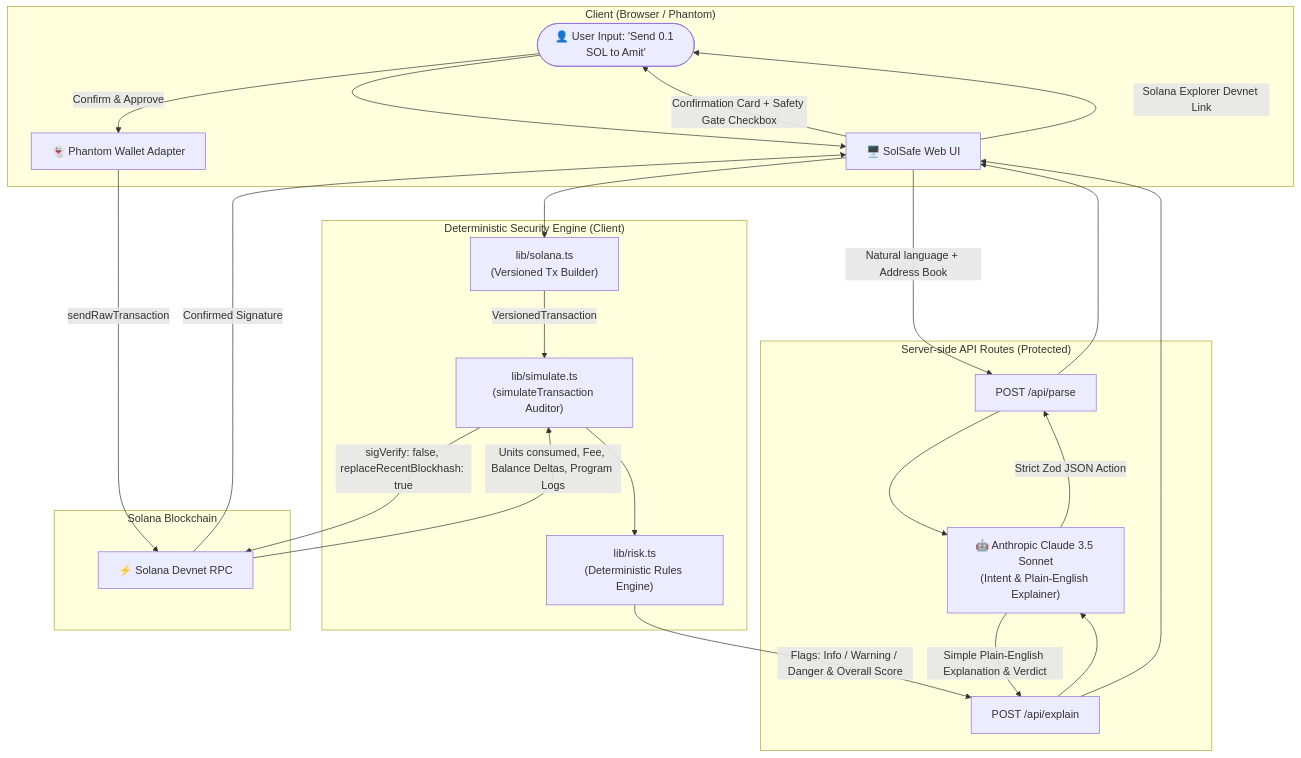
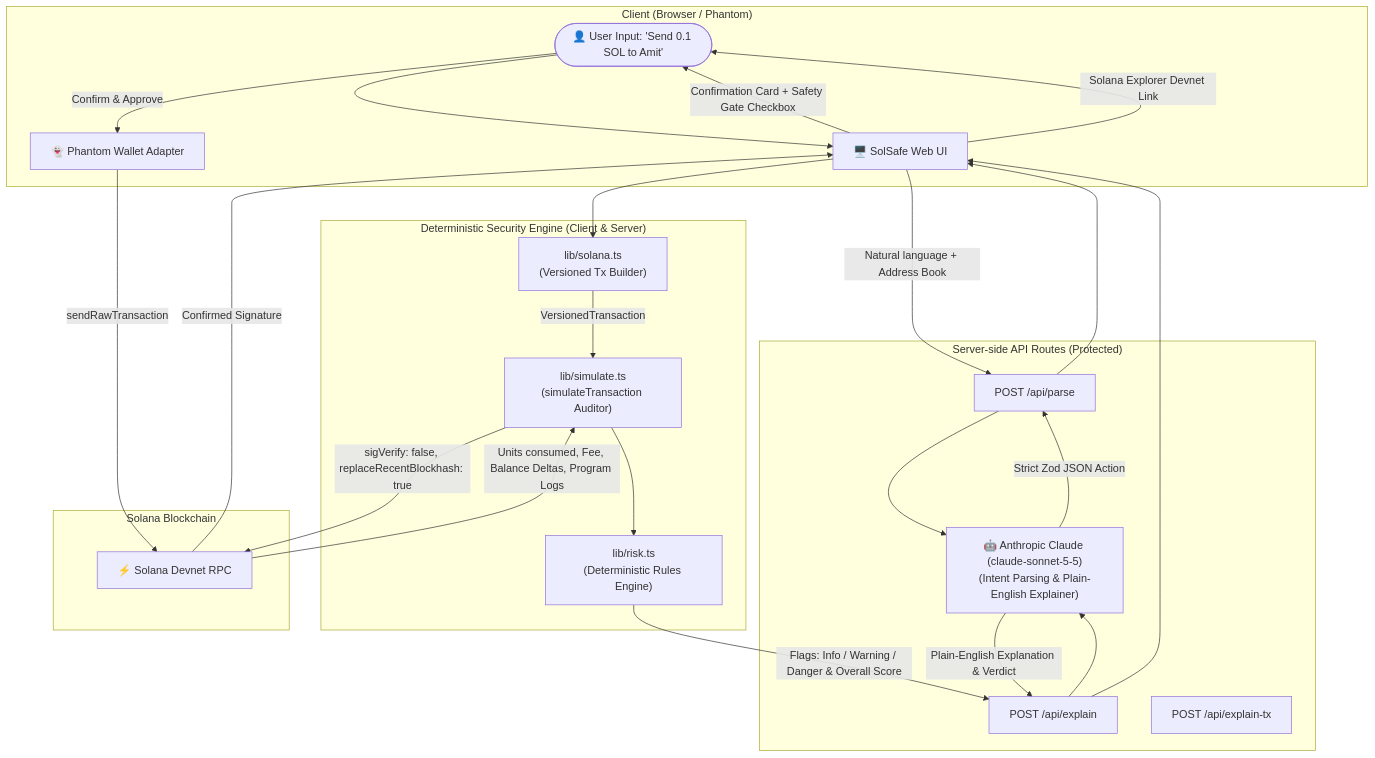
The diagram in README.md (Rajath-nayakk/solasafe), drawn with Mermaid before and after one commit. The commit also changed other lines of this file and 51 other files, not shown here.

Commit message:
feat: enhanced security rules, Token-2022 auditing, Explain Tx mode, and submission docs

````diff
--- a/README.md
+++ b/README.md
@@ -25,47 +26,48 @@
 ```mermaid
 flowchart TD
     subgraph Client ["Client (Browser / Phantom)"]
         User(["👤 User Input: 'Send 0.1 SOL to Amit'"])
         UI["🖥️ SolSafe Web UI"]
         Phantom["👻 Phantom Wallet Adapter"]
     end
 
     subgraph Server ["Server-side API Routes (Protected)"]
         ParseAPI["POST /api/parse"]
         ExplainAPI["POST /api/explain"]
-        LLM["🤖 Anthropic Claude 3.5 Sonnet\n(Intent & Plain-English Explainer)"]
+        ExplainTxAPI["POST /api/explain-tx"]
+        LLM["🤖 Anthropic Claude (claude-sonnet-5-5)\n(Intent Parsing & Plain-English Explainer)"]
     end
 
-    subgraph Core ["Deterministic Security Engine (Client)"]
+    subgraph Core ["Deterministic Security Engine (Client & Server)"]
         Builder["lib/solana.ts\n(Versioned Tx Builder)"]
         SimEngine["lib/simulate.ts\n(simulateTransaction Auditor)"]
         RiskEngine["lib/risk.ts\n(Deterministic Rules Engine)"]
     end
 
     subgraph Solana ["Solana Blockchain"]
         RPC["⚡ Solana Devnet RPC"]
     end
 
     User --> UI
     UI -->|Natural language + Address Book| ParseAPI
     ParseAPI --> LLM
     LLM -->|Strict Zod JSON Action| ParseAPI
     ParseAPI --> UI
 
     UI --> Builder
     Builder -->|VersionedTransaction| SimEngine
     SimEngine -->|sigVerify: false, replaceRecentBlockhash: true| RPC
     RPC -->|Units consumed, Fee, Balance Deltas, Program Logs| SimEngine
     SimEngine --> RiskEngine
 
     RiskEngine -->|Flags: Info / Warning / Danger & Overall Score| ExplainAPI
     ExplainAPI --> LLM
-    LLM -->|Simple Plain-English Explanation & Verdict| ExplainAPI
+    LLM -->|Plain-English Explanation & Verdict| ExplainAPI
     ExplainAPI --> UI
 
     UI -->|Confirmation Card + Safety Gate Checkbox| User
     User -->|Confirm & Approve| Phantom
     Phantom -->|sendRawTransaction| RPC
     RPC -->|Confirmed Signature| UI
     UI -->|Solana Explorer Devnet Link| User
 ```
````
